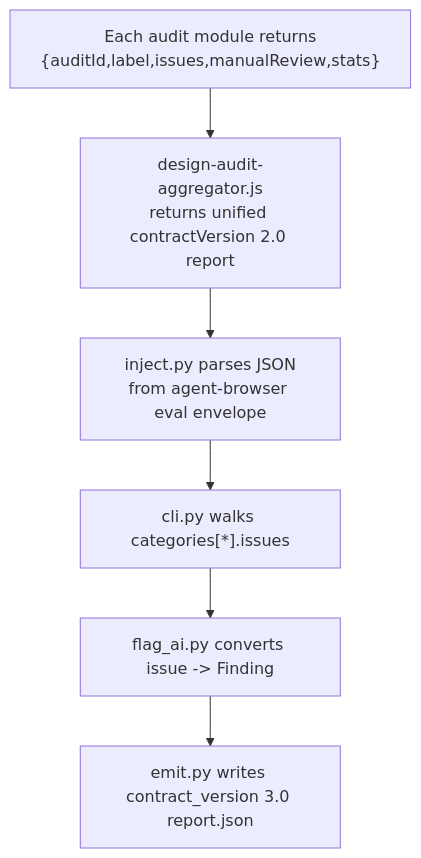
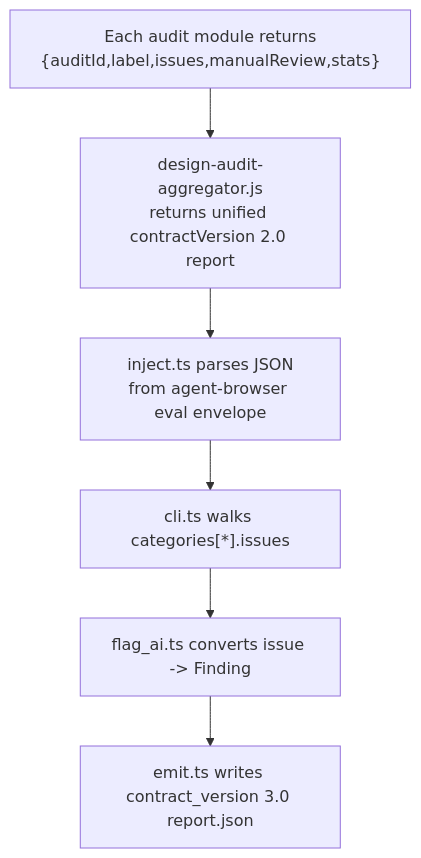
One commit to alvis/.agent changed the third of 3 diagrams in plugins/web/skills/audit/references/architecture.md. Above: the diagram before and after it, drawn with Mermaid. The commit also changed other lines of this file and 66 other files, not shown here.

````diff
--- a/plugins/web/skills/audit/references/architecture.md
+++ b/plugins/web/skills/audit/references/architecture.md
@@ -568,11 +560,11 @@
 ```mermaid
 flowchart TD
     JS1["Each audit module returns<br/>{auditId,label,issues,manualReview,stats}"]
     JS2["design-audit-aggregator.js<br/>returns unified contractVersion 2.0 report"]
-    PY1["inject.py parses JSON<br/>from agent-browser eval envelope"]
-    PY2["cli.py walks categories[*].issues"]
-    PY3["flag_ai.py converts issue -> Finding"]
-    PY4["emit.py writes contract_version 3.0 report.json"]
+    TS1["inject.ts parses JSON<br/>from agent-browser eval envelope"]
+    TS2["cli.ts walks categories[*].issues"]
+    TS3["flag_ai.ts converts issue -> Finding"]
+    TS4["emit.ts writes contract_version 3.0 report.json"]
 
-    JS1 --> JS2 --> PY1 --> PY2 --> PY3 --> PY4
+    JS1 --> JS2 --> TS1 --> TS2 --> TS3 --> TS4
 ```
````
